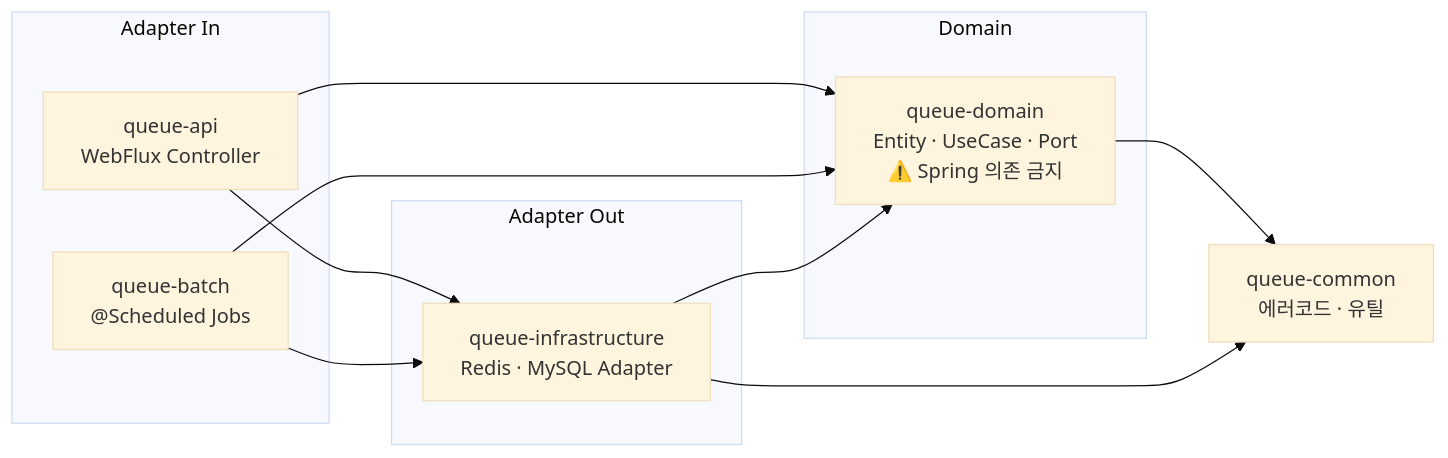
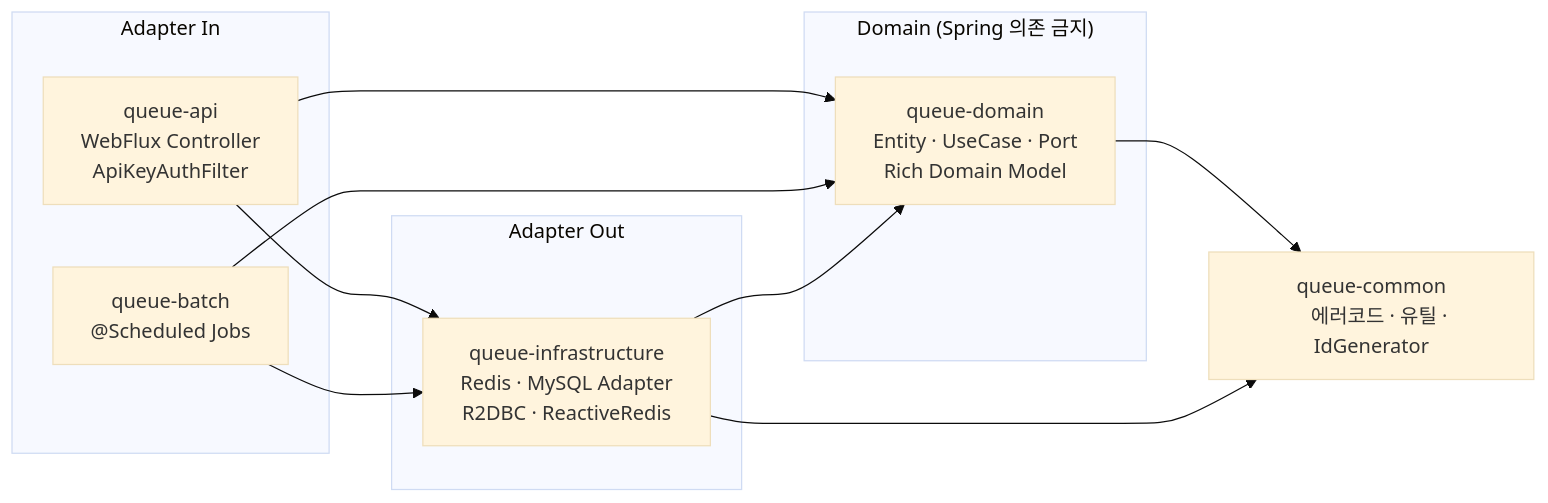
Before and after one commit to S-Onix/queue-platform: the second of 4 diagrams in README.md, drawn with Mermaid (base theme). The commit also changed other lines of this file and 4 other files, not shown here.

````diff
--- a/README.md
+++ b/README.md
@@ -109,31 +118,33 @@
 ```mermaid
 flowchart LR
     subgraph IN["Adapter In"]
         api["queue-api
-        WebFlux Controller"]
+        WebFlux Controller
+        ApiKeyAuthFilter"]
         batch["queue-batch
         @Scheduled Jobs"]
     end
 
-    subgraph DOMAIN["Domain"]
+    subgraph DOMAIN["Domain (Spring 의존 금지)"]
         domain["queue-domain
         Entity · UseCase · Port
-        ⚠️ Spring 의존 금지"]
+        Rich Domain Model"]
     end
 
     subgraph OUT["Adapter Out"]
         infra["queue-infrastructure
-        Redis · MySQL Adapter"]
+        Redis · MySQL Adapter
+        R2DBC · ReactiveRedis"]
     end
 
     common["queue-common
-    에러코드 · 유틸"]
+    에러코드 · 유틸 · IdGenerator"]
 
     api --> domain
     api --> infra
     batch --> domain
     batch --> infra
     domain --> common
     infra --> domain
     infra --> common
 ```
````
